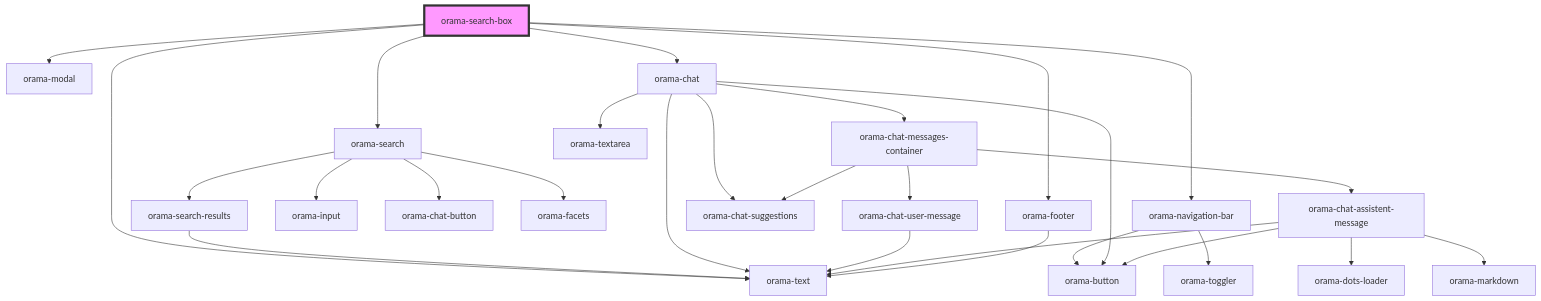
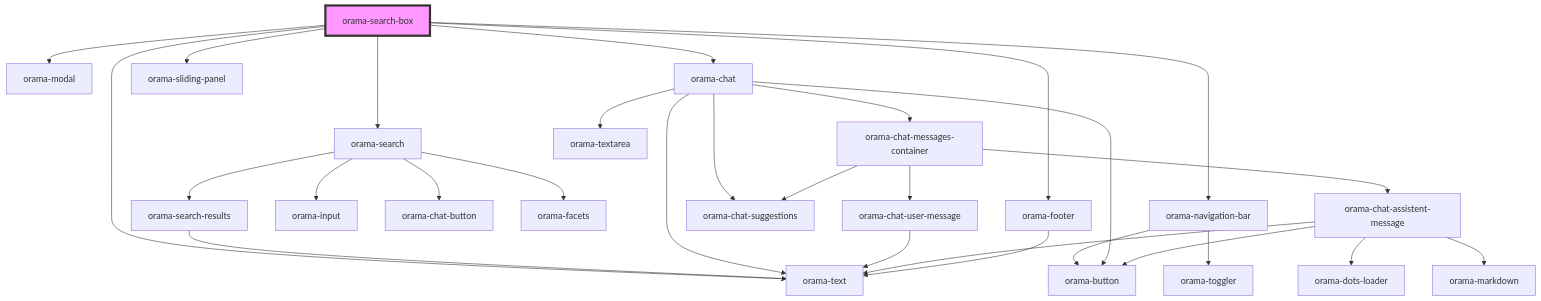
One commit to askorama/orama-ui-components changed the diagram in packages/ui-stencil/src/components/orama-search-box/readme.md. Above: the diagram before and after it, drawn with Mermaid. The commit also changed other lines of this file and 12 other files, not shown here.

Commit message:
feat: add sliding panel as component

````diff
--- a/packages/ui-stencil/src/components/orama-search-box/readme.md
+++ b/packages/ui-stencil/src/components/orama-search-box/readme.md
@@ -30,31 +31,32 @@
 ```mermaid
 graph TD;
   orama-search-box --> orama-text
   orama-search-box --> orama-modal
   orama-search-box --> orama-navigation-bar
   orama-search-box --> orama-search
   orama-search-box --> orama-chat
   orama-search-box --> orama-footer
+  orama-search-box --> orama-sliding-panel
   orama-navigation-bar --> orama-button
   orama-navigation-bar --> orama-toggler
   orama-search --> orama-input
   orama-search --> orama-chat-button
   orama-search --> orama-facets
   orama-search --> orama-search-results
   orama-search-results --> orama-text
   orama-chat --> orama-chat-messages-container
   orama-chat --> orama-chat-suggestions
   orama-chat --> orama-textarea
   orama-chat --> orama-button
   orama-chat --> orama-text
   orama-chat-messages-container --> orama-chat-user-message
   orama-chat-messages-container --> orama-chat-assistent-message
   orama-chat-messages-container --> orama-chat-suggestions
   orama-chat-user-message --> orama-text
   orama-chat-assistent-message --> orama-dots-loader
   orama-chat-assistent-message --> orama-text
   orama-chat-assistent-message --> orama-markdown
   orama-chat-assistent-message --> orama-button
   orama-footer --> orama-text
   style orama-search-box fill:#f9f,stroke:#333,stroke-width:4px
 ```
````
